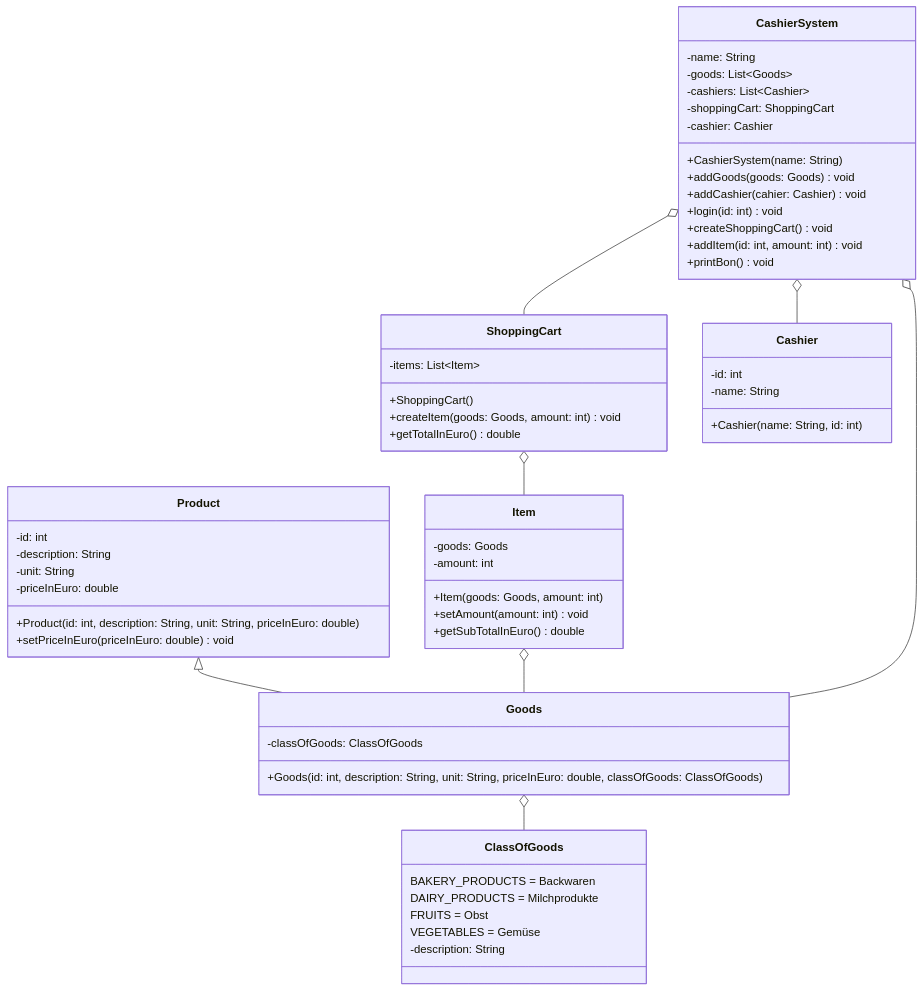
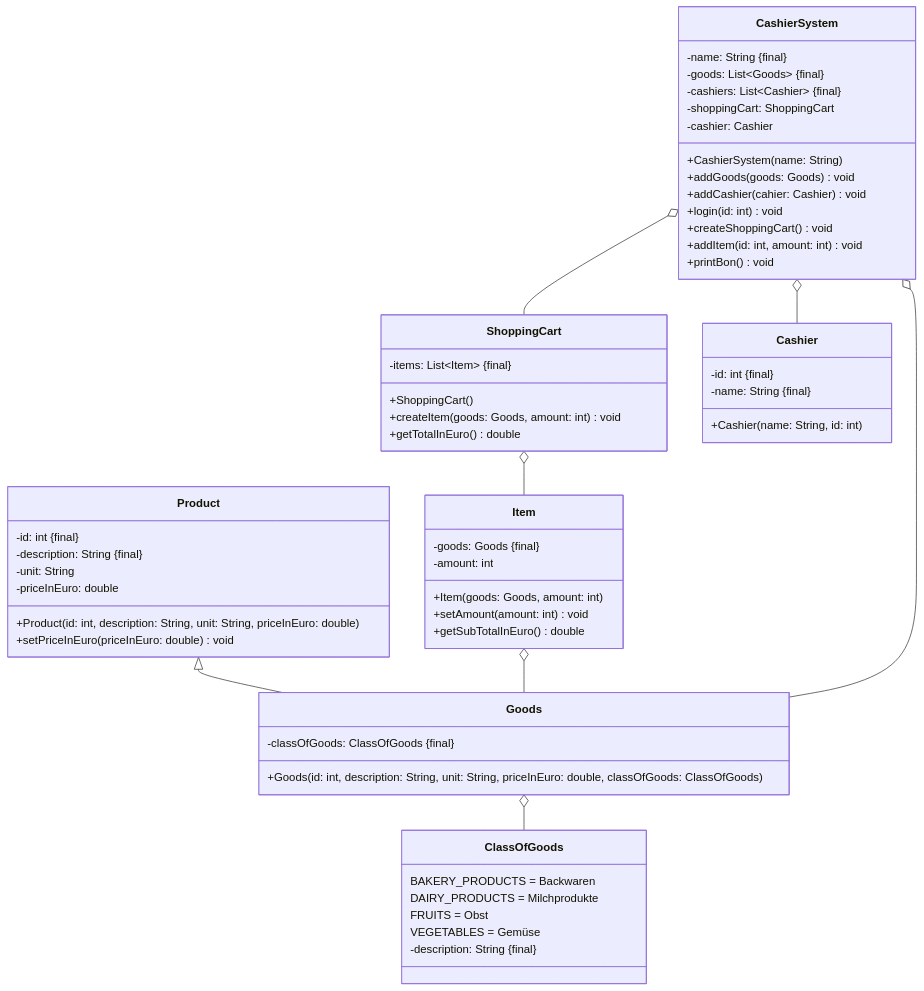
Before and after one commit to jappuccini/java-docs: the diagram in docs/exam-exercises/exam-exercises-java1/cashier-system.md, drawn with Mermaid. The commit also changed 24 other files, not shown here.

````diff
--- a/docs/exam-exercises/exam-exercises-java1/cashier-system.md
+++ b/docs/exam-exercises/exam-exercises-java1/cashier-system.md
@@ -12,68 +12,68 @@
 ```mermaid
 classDiagram
     Product <|-- Goods
     Item o-- Goods
     ShoppingCart o-- Item
     Goods o-- ClassOfGoods
     CashierSystem o-- Goods
     CashierSystem o-- Cashier
     CashierSystem o-- ShoppingCart
 
     class Product {
-        -id: int
-        -description: String
+        -id: int &#123final&#125
+        -description: String &#123final&#125
         -unit: String
         -priceInEuro: double
         +Product(id: int, description: String, unit: String, priceInEuro: double)
         +setPriceInEuro(priceInEuro: double) void
     }
 
     class Goods {
-        -classOfGoods: ClassOfGoods
+        -classOfGoods: ClassOfGoods &#123final&#125
         +Goods(id: int, description: String, unit: String, priceInEuro: double, classOfGoods: ClassOfGoods)
     }
 
     class Item {
-        -goods: Goods
+        -goods: Goods &#123final&#125
         -amount: int
         +Item(goods: Goods, amount: int)
         +setAmount(amount: int) void
         +getSubTotalInEuro() double
     }
 
     class ShoppingCart {
-        -items: List~Item~
+        -items: List~Item~ &#123final&#125
         +ShoppingCart()
         +createItem(goods: Goods, amount: int) void
         +getTotalInEuro() double
     }
 
     class ClassOfGoods {
         BAKERY_PRODUCTS = Backwaren
         DAIRY_PRODUCTS = Milchprodukte
         FRUITS = Obst
         VEGETABLES = Gemüse
-        -description: String
+        -description: String &#123final&#125
     }
 
     class CashierSystem {
-        -name: String
-        -goods: List~Goods~
-        -cashiers: List~Cashier~
+        -name: String &#123final&#125
+        -goods: List~Goods~ &#123final&#125
+        -cashiers: List~Cashier~ &#123final&#125
         -shoppingCart: ShoppingCart
         -cashier: Cashier
         +CashierSystem(name: String)
         +addGoods(goods: Goods) void
         +addCashier(cahier: Cashier) void
         +login(id: int) void
         +createShoppingCart() void
         +addItem(id: int, amount: int) void
         +printBon() void
     }
 
     class Cashier {
-        -id: int
-        -name: String
+        -id: int &#123final&#125
+        -name: String &#123final&#125
         +Cashier(name: String, id: int)
     }
 ```
````
